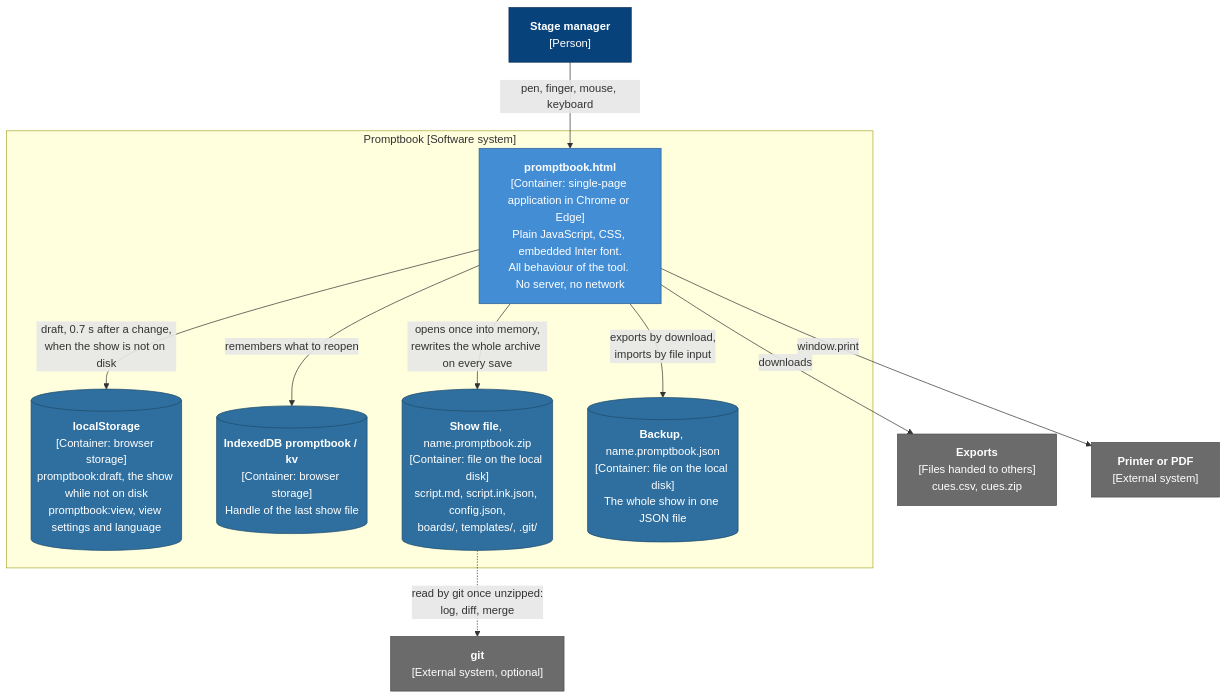
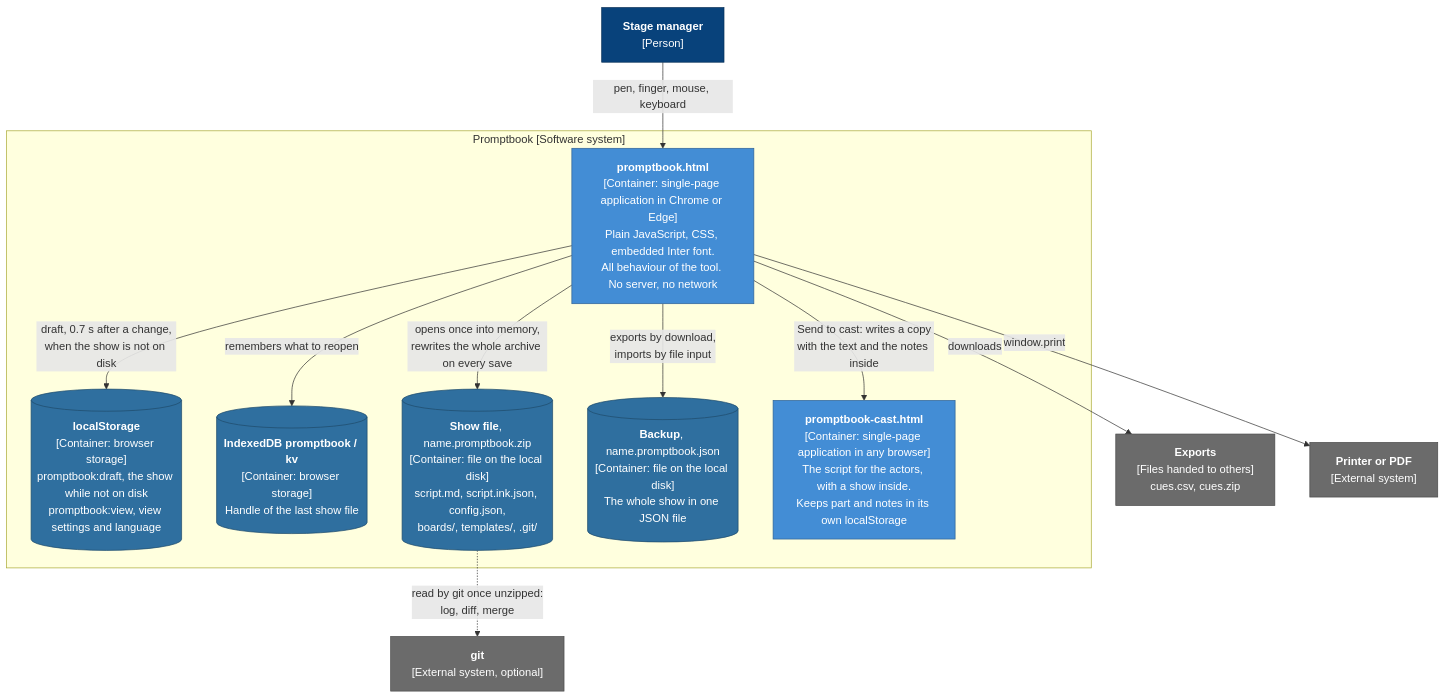
Before and after one commit to MarcoVitalii/promptbook: the second of 5 diagrams in docs/architecture.md, drawn with Mermaid. The commit also changed other lines of this file and 24 other files, not shown here.

````diff
--- a/docs/architecture.md
+++ b/docs/architecture.md
@@ -71,34 +73,36 @@
 ```mermaid
 flowchart TB
   sm["<b>Stage manager</b><br/>[Person]"]
 
   subgraph system["Promptbook [Software system]"]
     app["<b>promptbook.html</b><br/>[Container: single-page application in Chrome or Edge]<br/>Plain JavaScript, CSS, embedded Inter font.<br/>All behaviour of the tool. No server, no network"]
     ls[("<b>localStorage</b><br/>[Container: browser storage]<br/>promptbook:draft, the show while not on disk<br/>promptbook:view, view settings and language")]
     idb[("<b>IndexedDB promptbook / kv</b><br/>[Container: browser storage]<br/>Handle of the last show file")]
     zip[("<b>Show file</b>, name.promptbook.zip<br/>[Container: file on the local disk]<br/>script.md, script.ink.json, config.json,<br/>boards/, templates/, .git/")]
     bak[("<b>Backup</b>, name.promptbook.json<br/>[Container: file on the local disk]<br/>The whole show in one JSON file")]
+    castapp["<b>promptbook-cast.html</b><br/>[Container: single-page application in any browser]<br/>The script for the actors, with a show inside.<br/>Keeps part and notes in its own localStorage"]
   end
 
   out["<b>Exports</b><br/>[Files handed to others]<br/>cues.csv, cues.zip"]
   print["<b>Printer or PDF</b><br/>[External system]"]
   git["<b>git</b><br/>[External system, optional]"]
 
   sm -->|"pen, finger, mouse, keyboard"| app
   app -->|"draft, 0.7 s after a change,<br/>when the show is not on disk"| ls
   app -->|"remembers what to reopen"| idb
   app -->|"opens once into memory,<br/>rewrites the whole archive on every save"| zip
   app -->|"exports by download,<br/>imports by file input"| bak
   app -->|"downloads"| out
+  app -->|"Send to cast: writes a copy<br/>with the text and the notes inside"| castapp
   app -->|"window.print"| print
   zip -.->|"read by git once unzipped:<br/>log, diff, merge"| git
 
   classDef person fill:#08427b,stroke:#052e56,color:#ffffff
   classDef container fill:#438dd5,stroke:#2e6295,color:#ffffff
   classDef store fill:#2f6f9f,stroke:#1f4b6b,color:#ffffff
   classDef ext fill:#6b6b6b,stroke:#4a4a4a,color:#ffffff
   class sm person
-  class app container
+  class app,castapp container
   class ls,idb,zip,bak store
   class out,print,git ext
 ```
````
